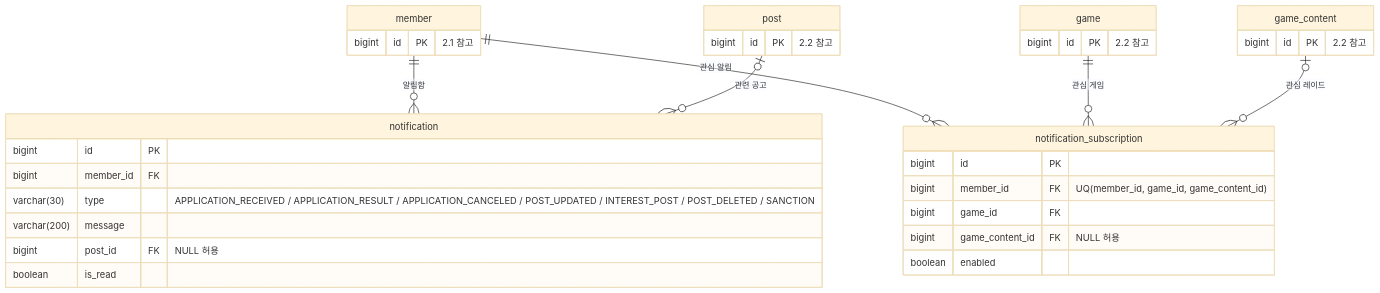
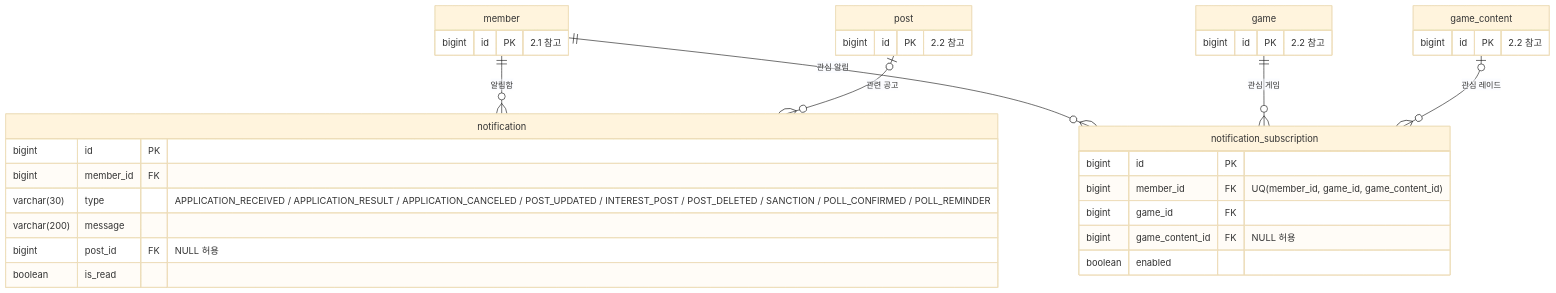
The sixth of 7 diagrams in docs/04-erd.md (likelion-backendschool-11st/basic-project-2team), drawn with Mermaid (base theme) before and after one commit. The commit also changed other lines of this file and 29 other files, not shown here.

Commit message:
feat: 투표 기능(프론트 엔트)추가, DB 테이블 추가 (03-db-design.md, 04-erd.md) 추가된 내용 작성

````diff
--- a/docs/04-erd.md
+++ b/docs/04-erd.md
@@ -356,41 +415,41 @@
 ```mermaid
 erDiagram
     member ||--o{ notification : "알림함"
     post |o--o{ notification : "관련 공고"
     member ||--o{ notification_subscription : "관심 알림"
     game ||--o{ notification_subscription : "관심 게임"
     game_content |o--o{ notification_subscription : "관심 레이드"
 
     notification {
         bigint id PK
         bigint member_id FK
-        varchar(30) type "APPLICATION_RECEIVED / APPLICATION_RESULT / APPLICATION_CANCELED / POST_UPDATED / INTEREST_POST / POST_DELETED / SANCTION"
+        varchar(30) type "APPLICATION_RECEIVED / APPLICATION_RESULT / APPLICATION_CANCELED / POST_UPDATED / INTEREST_POST / POST_DELETED / SANCTION / POLL_CONFIRMED / POLL_REMINDER"
         varchar(200) message
         bigint post_id FK "NULL 허용"
         boolean is_read
     }
 
     notification_subscription {
         bigint id PK
         bigint member_id FK "UQ(member_id, game_id, game_content_id)"
         bigint game_id FK
         bigint game_content_id FK "NULL 허용"
         boolean enabled
     }
 
     member {
         bigint id PK "2.1 참고"
     }
 
     post {
         bigint id PK "2.2 참고"
     }
 
     game {
         bigint id PK "2.2 참고"
     }
 
     game_content {
         bigint id PK "2.2 참고"
     }
 ```
````
